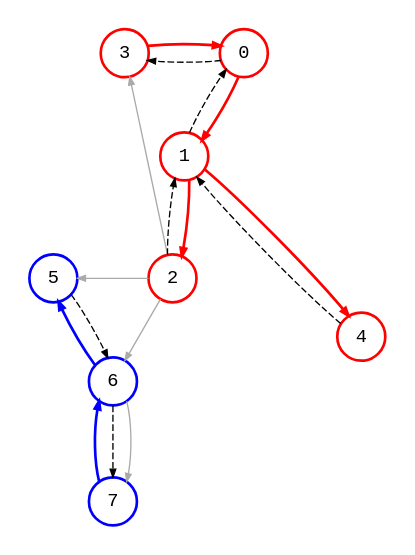
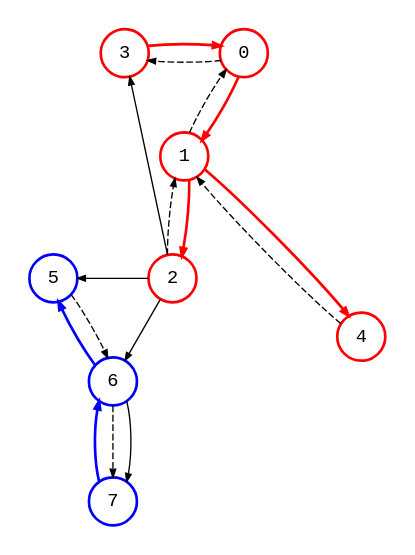
The diagram in src/dfs_pred_predecessors_multi_source_1-0.87.1.dot (bsdrks/graaf-images), drawn with Graphviz before and after one commit. The commit also changed 168 other files, not shown here.

```diff
--- a/src/dfs_pred_predecessors_multi_source_1-0.87.1.dot
+++ b/src/dfs_pred_predecessors_multi_source_1-0.87.1.dot
@@ -1,31 +1,31 @@
 digraph {
     node [shape=circle, fontname="monospace"];
     edge [arrowsize=0.6, fontname="monospace", fontsize=9];
     layout=circo;
     scale=1.0;
     normalize=true;
     pad=0.2;
     splines=line;
 
     3 [style="bold"; color=red];
     0, 1, 2, 4 [style=bold, color=red];
     7 [style=bold; color=blue];
     6, 5 [style=bold, color=blue];
 
     3 -> 0 [style=bold; color=red];
     0 -> 1 [style=bold; color=red];
     1 -> 2 [style=bold; color=red];
     1 -> 4 [style=bold; color=red];
-    2 -> 3 [color="#aaaaaa"];
-    2 -> 5 [color="#aaaaaa"];
-    2 -> 6 [color="#aaaaaa"];
+    2 -> 3 [color="#bbb"];
+    2 -> 5 [color="#bbb"];
+    2 -> 6 [color="#bbb"];
     6 -> 5 [style=bold; color=blue];
-    6 -> 7 [color="#aaaaaa"];
+    6 -> 7 [color="#bbb"];
     7 -> 6 [style=bold; color=blue];
     4 -> 1 [style=dashed];
     2 -> 1 [style=dashed];
     1 -> 0 [style=dashed];
     0 -> 3 [style=dashed];
     5 -> 6 [style=dashed];
     6 -> 7 [style=dashed];
 }
```
